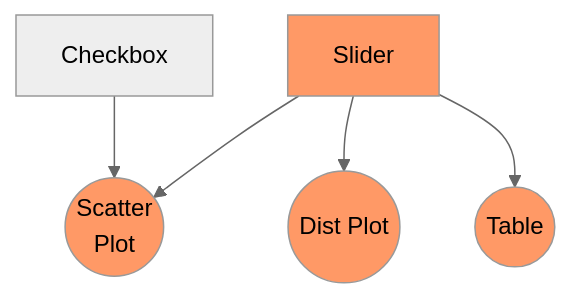
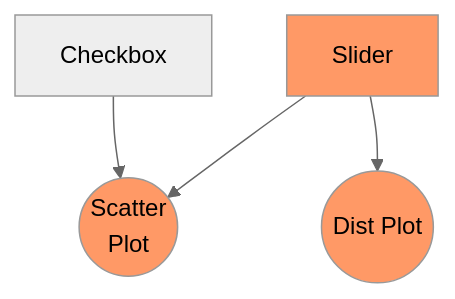
The fifth of 11 diagrams in slides/reactivity.qmd (posit-dev/py-shiny-workshop), drawn with Mermaid (neutral theme) before and after one commit. The commit also changed other lines of this file and 6 other files, not shown here.

````diff
--- a/slides/reactivity.qmd
+++ b/slides/reactivity.qmd
@@ -151,9 +160,8 @@
 ```{mermaid}
 flowchart TD
   C[Checkbox] --> Sc((Scatter\nPlot)):::changed
-  Sl --> Sc 
+  Sl[Slider]:::changed --> Sc 
   Sl --> M((Dist Plot)):::changed
-  Sl[Slider]:::changed --> T((Table)):::changed
   
   classDef changed fill:#f96
 ```
````
